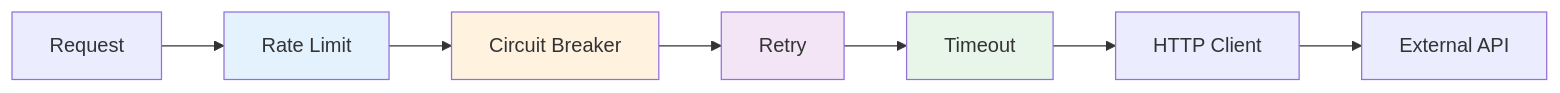
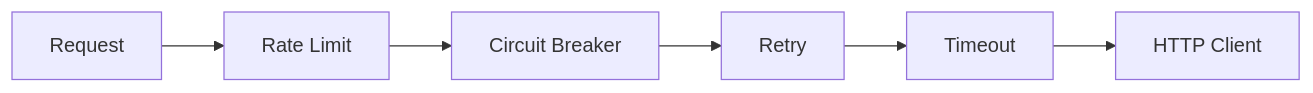
One commit to KimSeogyu/KimSeogyu.github.io changed the first of 6 diagrams in src/content/backend/go/enterprise-go-6-resilient-communication.md. Above: the diagram before and after it, drawn with Mermaid. The commit also changed other lines of this file and 7 other files, not shown here.

````diff
--- a/src/content/backend/go/enterprise-go-6-resilient-communication.md
+++ b/src/content/backend/go/enterprise-go-6-resilient-communication.md
@@ -26,14 +32,8 @@
 ```mermaid
-graph LR
-    REQ[Request] --> RATE[Rate Limit]
-    RATE --> CB[Circuit Breaker]
+flowchart LR
+    REQ[Request] --> RL[Rate Limit]
+    RL --> CB[Circuit Breaker]
     CB --> RETRY[Retry]
     RETRY --> TIMEOUT[Timeout]
     TIMEOUT --> CLIENT[HTTP Client]
-    CLIENT --> EXT[External API]
-    
-    style RATE fill:#e3f2fd
-    style CB fill:#fff3e0
-    style RETRY fill:#f3e5f5
-    style TIMEOUT fill:#e8f5e9
 ```
````
